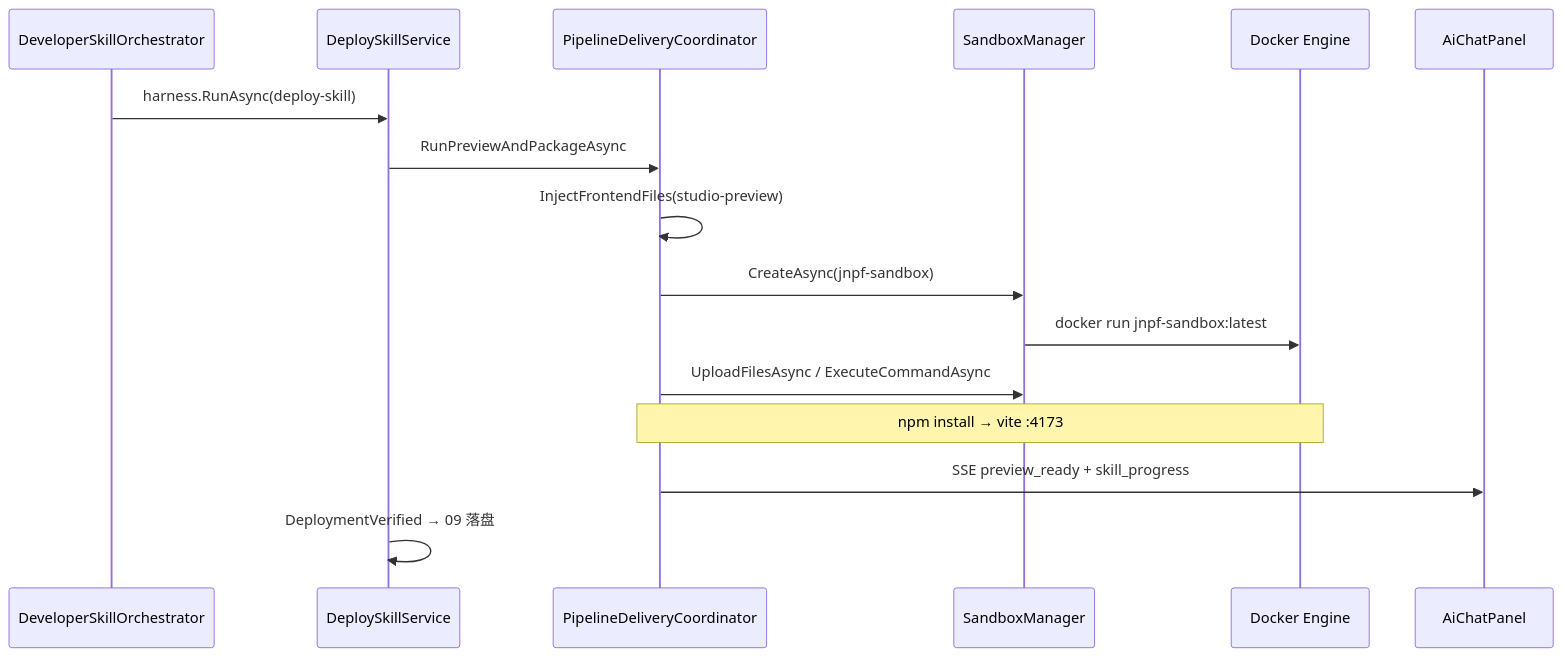
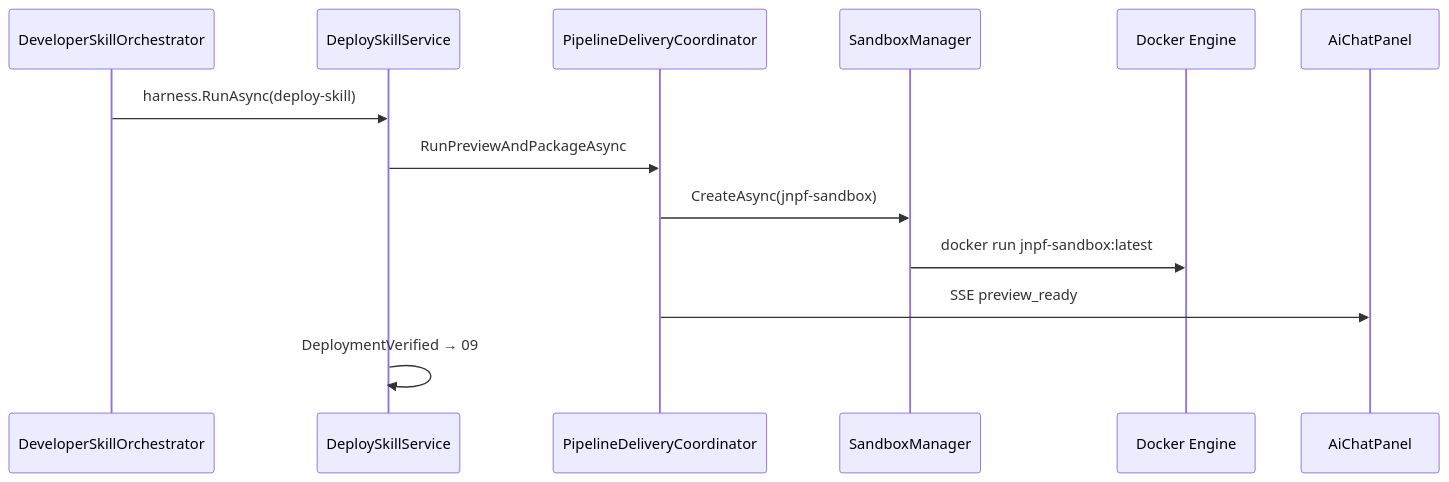
Before and after one commit to DULASlee/jnpfv52: the sixth of 6 diagrams in docs/AI原生开发/1、多用户多任务并行/30、全链条冲刺开发计划（最后一公里）.md, drawn with Mermaid. The commit also changed other lines of this file and 661 other files, not shown here.

````diff
--- a/docs/AI原生开发/1、多用户多任务并行/30、全链条冲刺开发计划（最后一公里）.md
+++ b/docs/AI原生开发/1、多用户多任务并行/30、全链条冲刺开发计划（最后一公里）.md
@@ -181,19 +826,16 @@
 ```mermaid
 sequenceDiagram
   participant Orch as DeveloperSkillOrchestrator
   participant Deploy as DeploySkillService
   participant Coord as PipelineDeliveryCoordinator
   participant SM as SandboxManager
   participant Docker as Docker Engine
   participant UI as AiChatPanel
 
   Orch->>Deploy: harness.RunAsync(deploy-skill)
   Deploy->>Coord: RunPreviewAndPackageAsync
-  Coord->>Coord: InjectFrontendFiles(studio-preview)
   Coord->>SM: CreateAsync(jnpf-sandbox)
   SM->>Docker: docker run jnpf-sandbox:latest
-  Coord->>SM: UploadFilesAsync / ExecuteCommandAsync
-  Note over Coord,Docker: npm install → vite :4173
-  Coord->>UI: SSE preview_ready + skill_progress
-  Deploy->>Deploy: DeploymentVerified → 09 落盘
+  Coord->>UI: SSE preview_ready
+  Deploy->>Deploy: DeploymentVerified → 09
 ```
````
